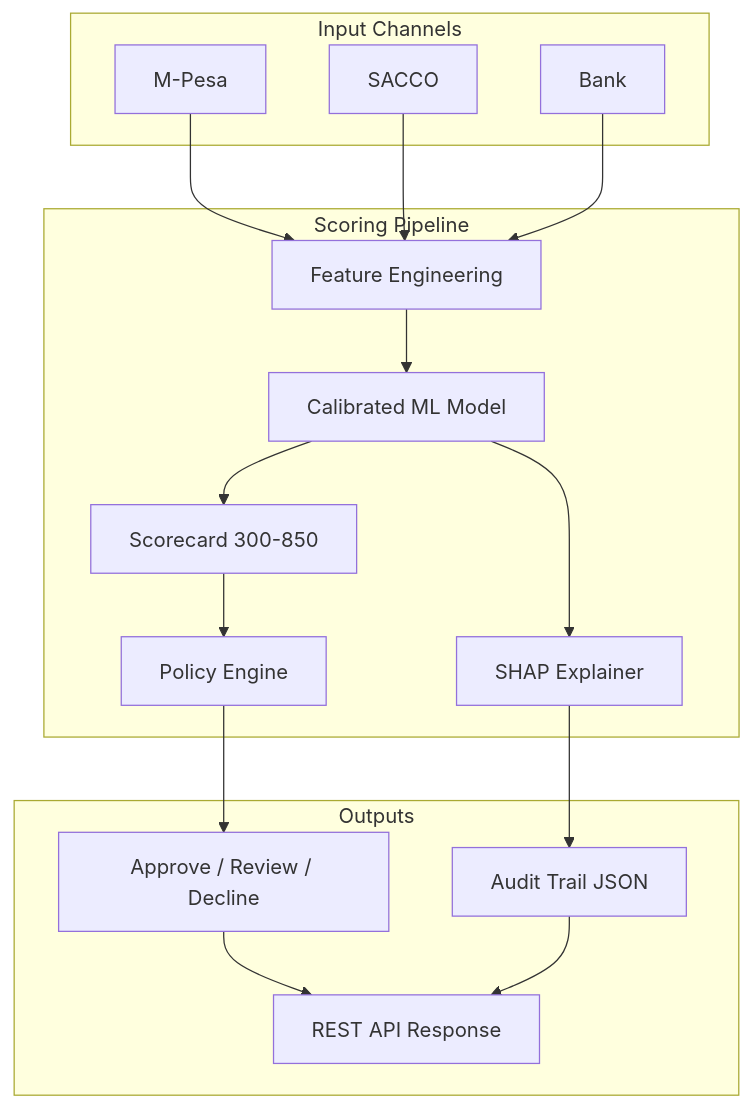
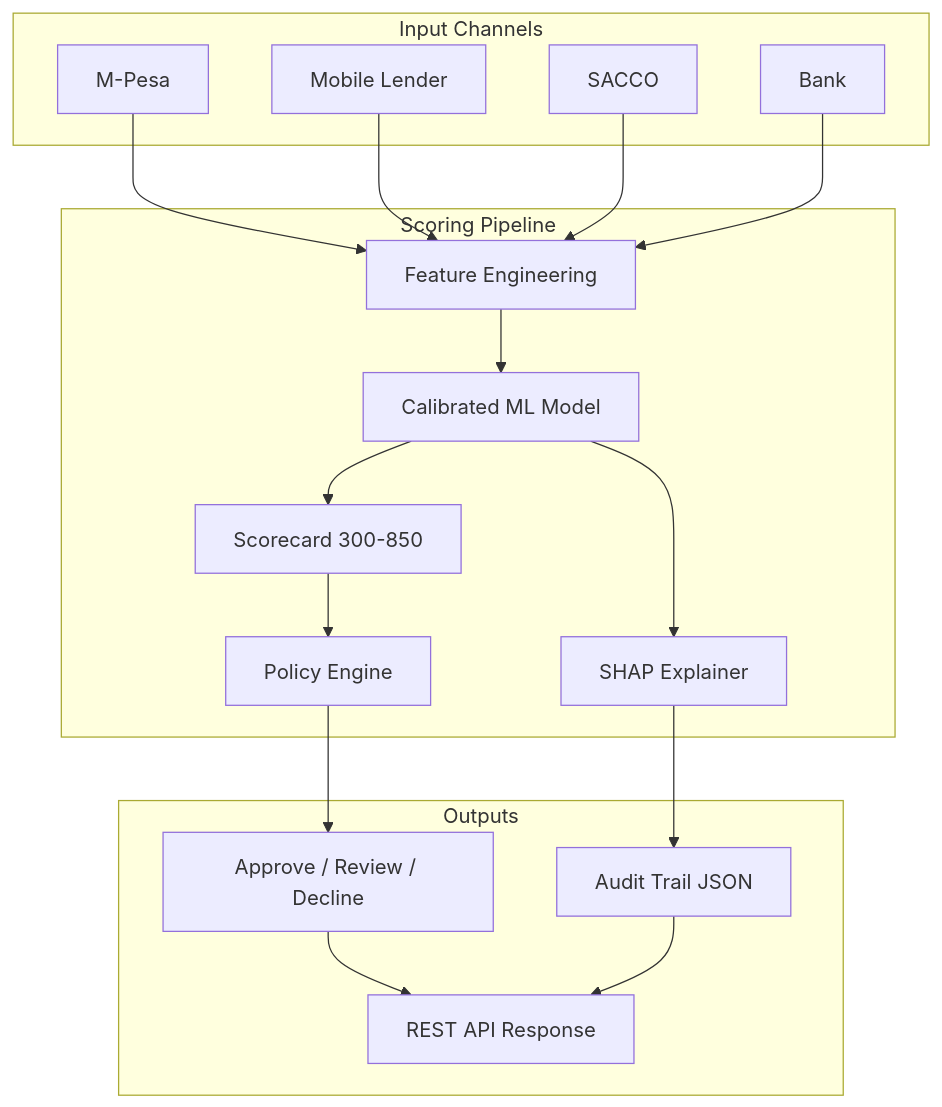
The first of 2 diagrams in README.md (duncanmwirigi/Credit-Scoring-for-East-Africa), drawn with Mermaid before and after one commit. The commit also changed other lines of this file and 10 other files, not shown here.

````diff
--- a/README.md
+++ b/README.md
@@ -24,34 +35,36 @@
 ```mermaid
 flowchart TB
     subgraph inputs [Input Channels]
         M[M-Pesa]
+        MLend[Mobile Lender]
         S[SACCO]
         B[Bank]
     end
 
     subgraph pipeline [Scoring Pipeline]
         FE[Feature Engineering]
         ML[Calibrated ML Model]
         SC[Scorecard 300-850]
         PO[Policy Engine]
         SH[SHAP Explainer]
     end
 
     subgraph outputs [Outputs]
-        D[Approve / Review / Decline]
+        DEC[Approve / Review / Decline]
         AT[Audit Trail JSON]
         API[REST API Response]
     end
 
     M --> FE
+    MLend --> FE
     S --> FE
     B --> FE
     FE --> ML
     ML --> SC
     ML --> SH
     SC --> PO
-    PO --> D
+    PO --> DEC
     SH --> AT
-    D --> API
+    DEC --> API
     AT --> API
 ```
````
